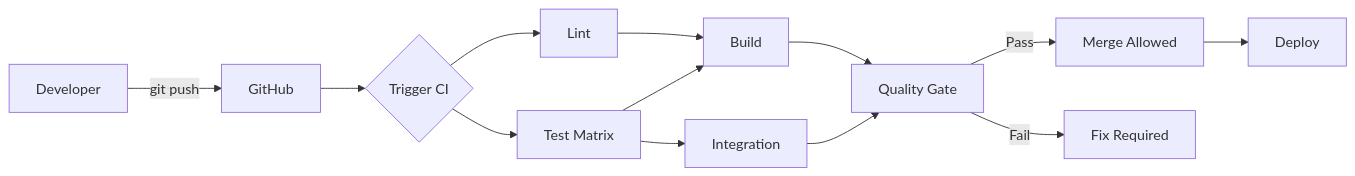
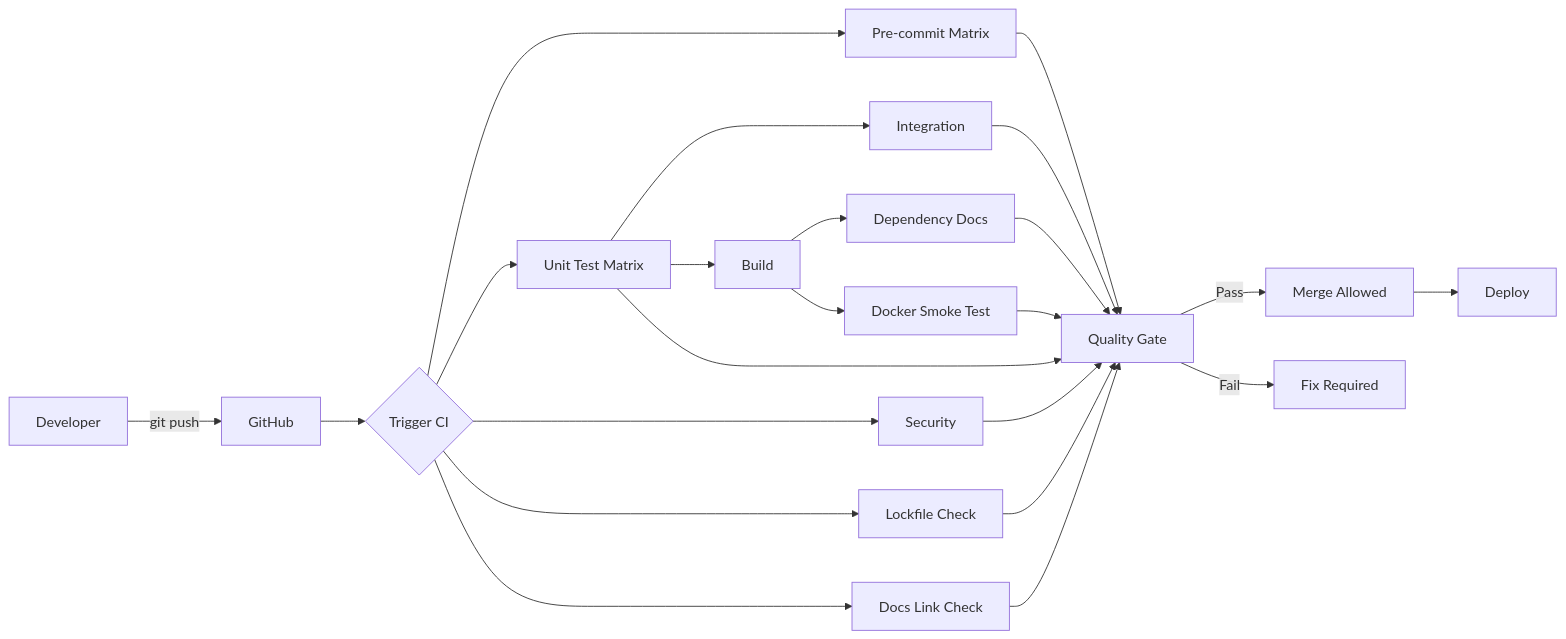
One commit to pcalnon/juniper-canopy changed the diagram in docs/ci_cd/CICD_MANUAL.md. Above: the diagram before and after it, drawn with Mermaid. The commit also changed other lines of this file and 4 other files, not shown here.

````diff
--- a/docs/ci_cd/CICD_MANUAL.md
+++ b/docs/ci_cd/CICD_MANUAL.md
@@ -52,15 +54,25 @@
 ```mermaid
 graph LR
     A[Developer] -->|git push| B[GitHub]
     B --> C{Trigger CI}
-    C --> D[Lint]
-    C --> E[Test Matrix]
-    D --> F[Build]
-    E --> F
-    E --> G[Integration]
-    F --> H[Quality Gate]
-    G --> H
-    H -->|Pass| I[Merge Allowed]
-    H -->|Fail| J[Fix Required]
-    I --> K[Deploy]
+    C --> D[Pre-commit Matrix]
+    C --> E[Unit Test Matrix]
+    E --> F[Integration]
+    C --> G[Security]
+    E --> H[Build]
+    H --> I[Dependency Docs]
+    C --> J[Lockfile Check]
+    C --> K[Docs Link Check]
+    H --> L[Docker Smoke Test]
+    D --> M[Quality Gate]
+    E --> M
+    F --> M
+    G --> M
+    I --> M
+    J --> M
+    K --> M
+    L --> M
+    M -->|Pass| N[Merge Allowed]
+    M -->|Fail| O[Fix Required]
+    N --> P[Deploy]
 ```
````
